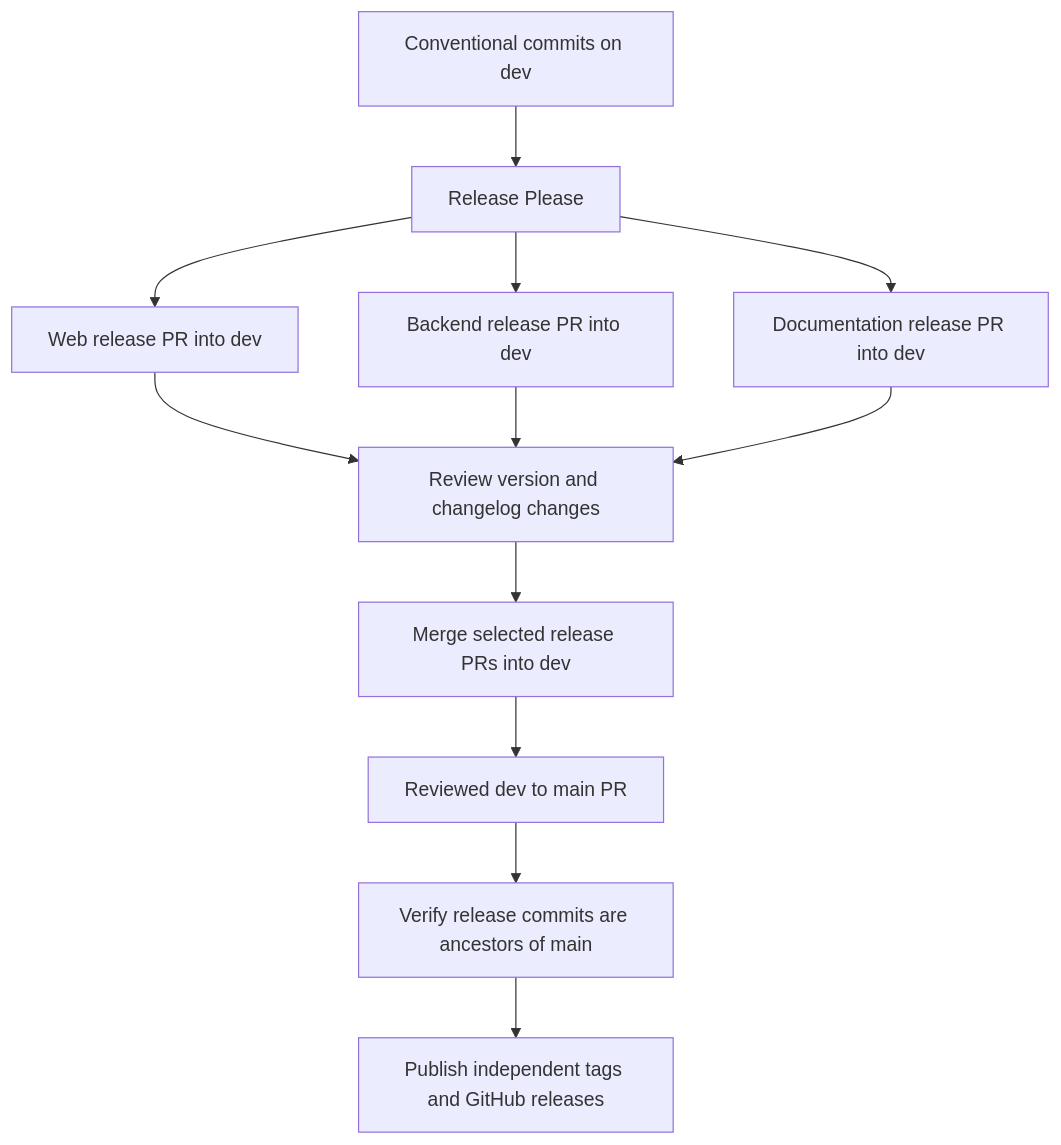
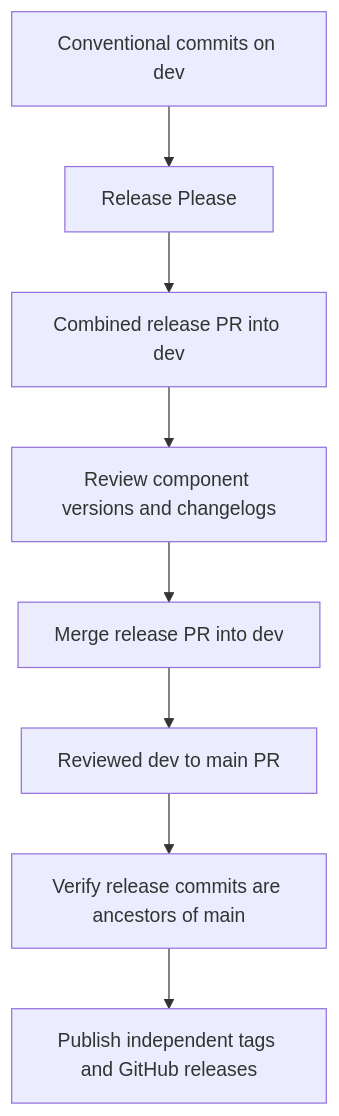
Before and after one commit to CIT-U-Computer-Students-Society/IPES: the diagram in docs/RELEASING.md, drawn with Mermaid. The commit also changed other lines of this file and 1 other file, not shown here.

Commit message:
docs(release): explain combined release pull requests and migration

````diff
--- a/docs/RELEASING.md
+++ b/docs/RELEASING.md
@@ -35,14 +36,10 @@
 ```mermaid
 flowchart TD
   Changes[Conventional commits on dev] --> RP[Release Please]
-  RP --> Web[Web release PR into dev]
-  RP --> Backend[Backend release PR into dev]
-  RP --> Docs[Documentation release PR into dev]
-  Web --> Review[Review version and changelog changes]
-  Backend --> Review
-  Docs --> Review
-  Review --> Dev[Merge selected release PRs into dev]
+  RP --> Combined[Combined release PR into dev]
+  Combined --> Review[Review component versions and changelogs]
+  Review --> Dev[Merge release PR into dev]
   Dev --> Promote[Reviewed dev to main PR]
   Promote --> Check[Verify release commits are ancestors of main]
   Check --> Publish[Publish independent tags and GitHub releases]
 ```
````
